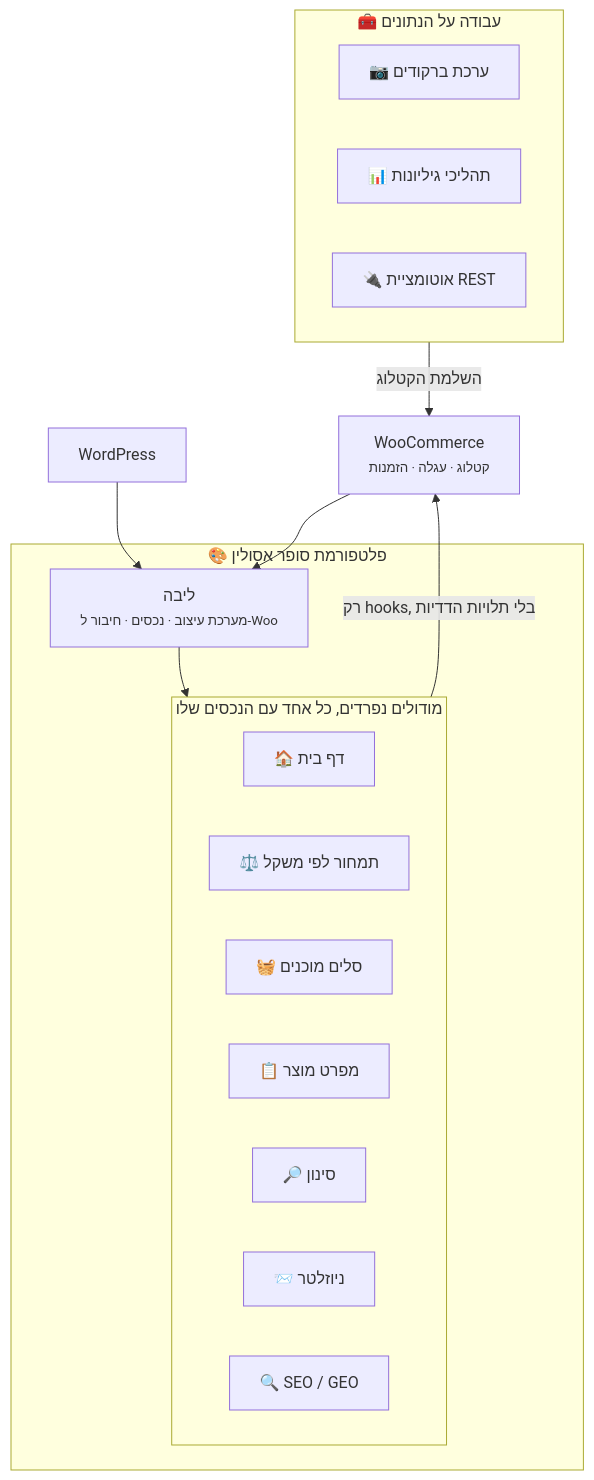
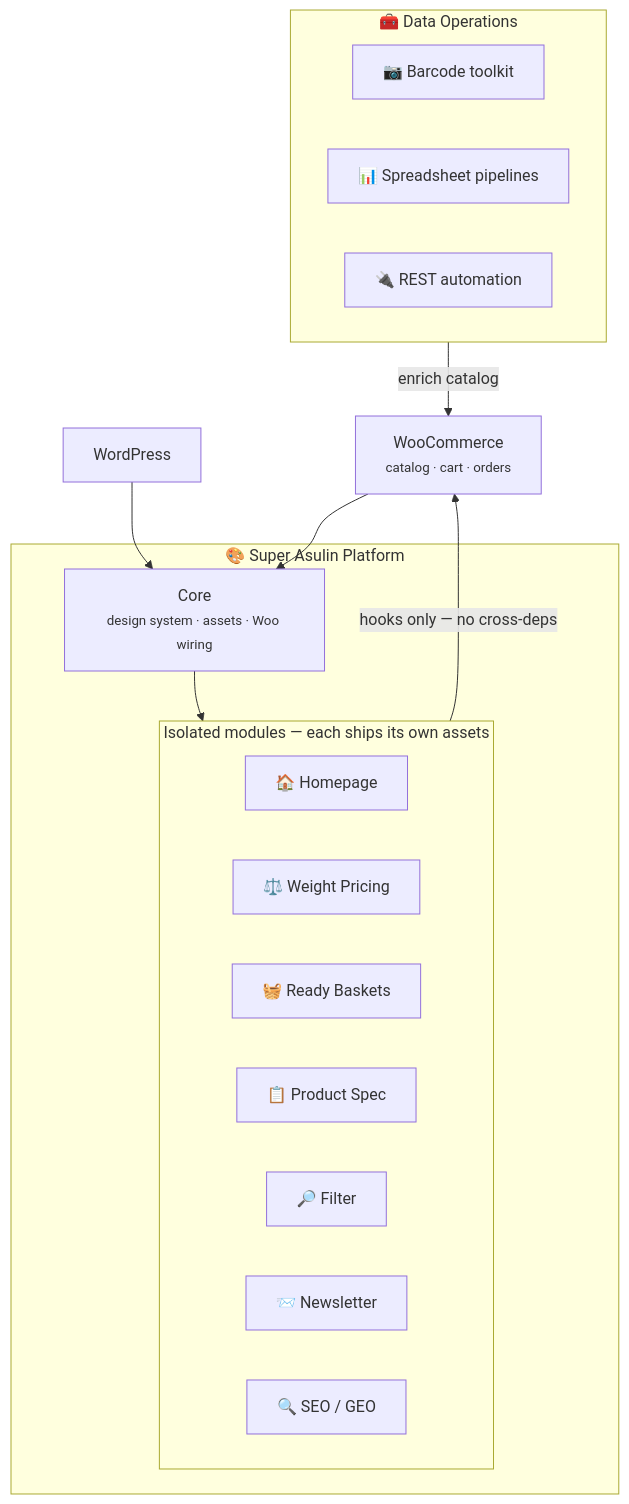
Before and after one commit to galasulin/super-asulin-showcase: the diagram in README.he.md, drawn with Mermaid. The commit also changed other lines of this file and 3 other files, not shown here.

Commit message:
Upgrade README (EN + HE), hero and architecture

````diff
--- a/README.he.md
+++ b/README.he.md
@@ -125,25 +149,25 @@
 ```mermaid
 flowchart TB
-    subgraph THEME["🎨 פלטפורמת סופר אסולין"]
-        CORE["ליבה<br/><small>מערכת עיצוב · נכסים · חיבור ל-Woo</small>"]
-        subgraph MODULES["מודולים נפרדים, כל אחד עם הנכסים שלו"]
-            HOME["🏠 דף בית"]
-            WEIGHT["⚖️ תמחור לפי משקל"]
-            BASKETS["🧺 סלים מוכנים"]
-            SPEC["📋 מפרט מוצר"]
-            FILTER["🔎 סינון"]
-            NEWS["📨 ניוזלטר"]
+    subgraph THEME["🎨 Super Asulin Platform"]
+        CORE["Core<br/><small>design system · assets · Woo wiring</small>"]
+        subgraph MODULES["Isolated modules — each ships its own assets"]
+            HOME["🏠 Homepage"]
+            WEIGHT["⚖️ Weight Pricing"]
+            BASKETS["🧺 Ready Baskets"]
+            SPEC["📋 Product Spec"]
+            FILTER["🔎 Filter"]
+            NEWS["📨 Newsletter"]
             SEO["🔍 SEO / GEO"]
         end
     end
-    subgraph OPS["🧰 עבודה על הנתונים"]
-        SCAN["📷 ערכת ברקודים"]
-        SHEETS["📊 תהליכי גיליונות"]
-        REST["🔌 אוטומציית REST"]
+    subgraph OPS["🧰 Data Operations"]
+        SCAN["📷 Barcode toolkit"]
+        SHEETS["📊 Spreadsheet pipelines"]
+        REST["🔌 REST automation"]
     end
     WP["WordPress"] --> CORE
-    WC["WooCommerce<br/><small>קטלוג · עגלה · הזמנות</small>"] --> CORE
+    WC["WooCommerce<br/><small>catalog · cart · orders</small>"] --> CORE
     CORE --> MODULES
-    MODULES -->|"רק hooks, בלי תלויות הדדיות"| WC
-    OPS -->|"השלמת הקטלוג"| WC
+    MODULES -->|"hooks only — no cross-deps"| WC
+    OPS -->|"enrich catalog"| WC
 ```
````
